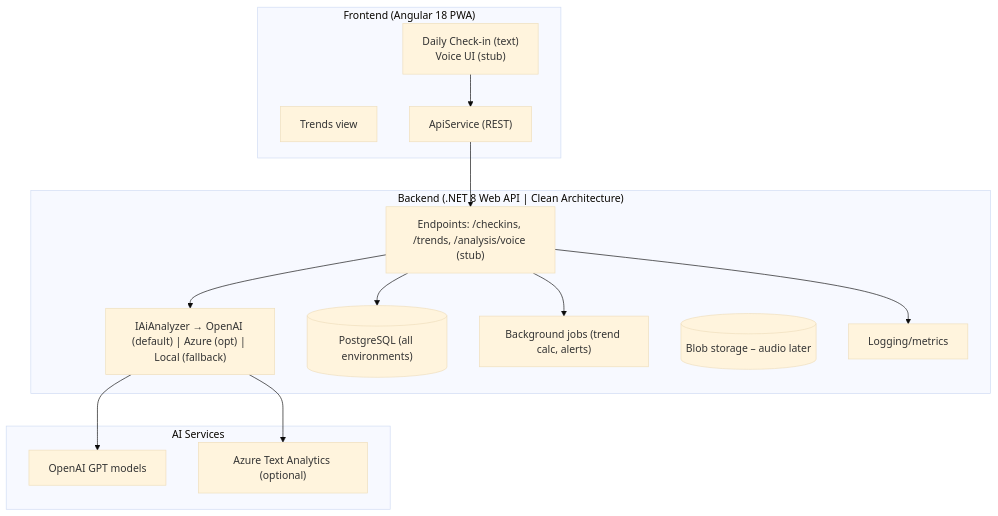
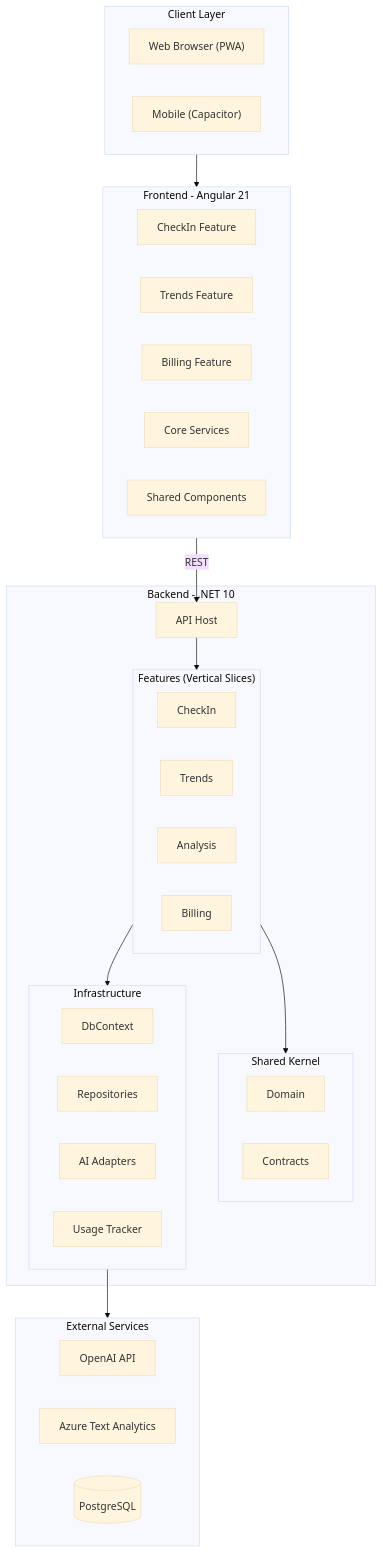
One commit to hellotali/git-hellotali changed the first of 8 diagrams in docs/architecture.md. Above: the diagram before and after it, drawn with Mermaid (base theme). The commit also changed other lines of this file and 8 other files, not shown here.

````diff
--- a/docs/architecture.md
+++ b/docs/architecture.md
@@ -4,30 +11,48 @@
 ```mermaid
-graph TD
-  subgraph "Frontend (Angular 18 PWA)"
-    UI["Daily Check-in (text)\nVoice UI (stub)"]
-    Charts["Trends view"]
-    FEAPI["ApiService (REST)"]
-  end
+graph TB
+    subgraph Client["Client Layer"]
+        Web["Web Browser (PWA)"]
+        Mobile["Mobile (Capacitor)"]
+    end
 
-  subgraph "Backend (.NET 8 Web API | Clean Architecture)"
-    API["Endpoints: /checkins, /trends, /analysis/voice (stub)"]
-    Adapter["IAiAnalyzer → OpenAI (default) | Azure (opt) | Local (fallback)"]
-    DB[("PostgreSQL (all environments)")]
-    Jobs["Background jobs (trend calc, alerts)"]
-    Blob[("Blob storage – audio later")]
-    Observability["Logging/metrics"]
-  end
+    subgraph Frontend["Frontend - Angular 21"]
+        FE_CheckIn["CheckIn Feature"]
+        FE_Trends["Trends Feature"]
+        FE_Billing["Billing Feature"]
+        FE_Core["Core Services"]
+        FE_Shared["Shared Components"]
+    end
 
-  subgraph "AI Services"
-    OpenAI["OpenAI GPT models"]
-    Azure["Azure Text Analytics (optional)"]
-  end
+    subgraph Backend["Backend - .NET 10"]
+        API["API Host"]
+        subgraph Features["Features (Vertical Slices)"]
+            BE_CheckIn["CheckIn"]
+            BE_Trends["Trends"]
+            BE_Analysis["Analysis"]
+            BE_Billing["Billing"]
+        end
+        subgraph Shared["Shared Kernel"]
+            Domain["Domain"]
+            Contracts["Contracts"]
+        end
+        subgraph Infra["Infrastructure"]
+            DbCtx["DbContext"]
+            Repos["Repositories"]
+            AI["AI Adapters"]
+            Usage["Usage Tracker"]
+        end
+    end
 
-  UI --> FEAPI --> API
-  API --> Adapter
-  Adapter --> OpenAI
-  Adapter --> Azure
-  API --> DB
-  API --> Jobs
-  API --> Observability
+    subgraph External["External Services"]
+        OpenAI["OpenAI API"]
+        Azure["Azure Text Analytics"]
+        DB[("PostgreSQL")]
+    end
+
+    Client --> Frontend
+    Frontend -->|REST| API
+    API --> Features
+    Features --> Shared
+    Features --> Infra
+    Infra --> External
 ```
````
